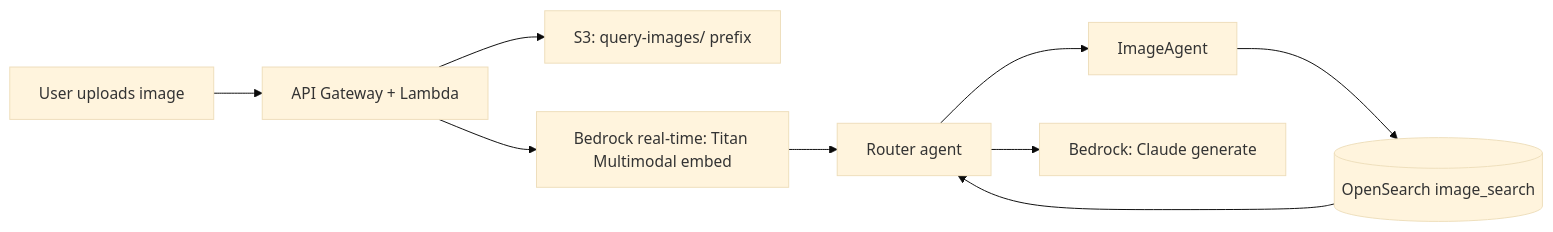
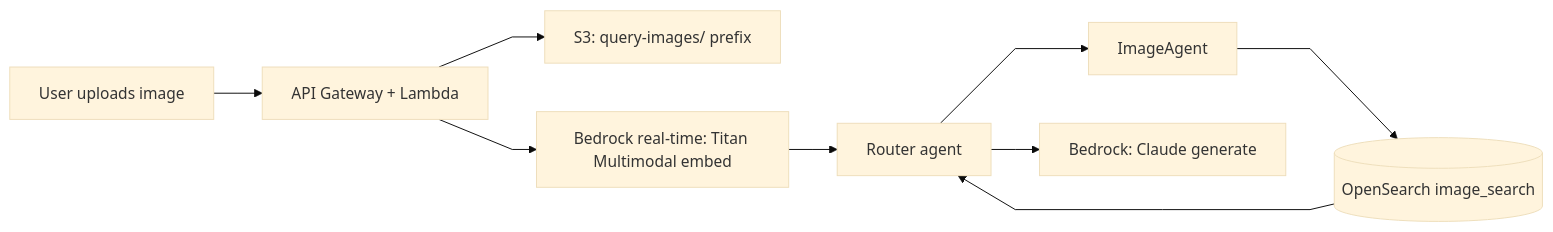
One commit to Swati32/RAG-Multimodal-Ecommerce changed the diagram in docs/designs/03-image-upload.md. Above: the diagram before and after it, drawn with Mermaid (base theme). The commit also changed 2 other files, not shown here.

Commit message:
Force straight-line edges in Mermaid flowcharts

````diff
--- a/docs/designs/03-image-upload.md
+++ b/docs/designs/03-image-upload.md
@@ -11,11 +11,12 @@
 ```mermaid
+%%{init: {'flowchart': {'curve': 'linear'}}}%%
 flowchart LR
     U[User uploads image] --> API[API Gateway + Lambda]
     API --> S3U[S3: query-images/ prefix]
     API --> EMB[Bedrock real-time: Titan Multimodal embed]
     EMB --> RTR[Router agent]
     RTR --> IMG[ImageAgent]
     IMG --> OS[(OpenSearch image_search)]
     OS --> RTR
     RTR --> GEN[Bedrock: Claude generate]
 ```
````
